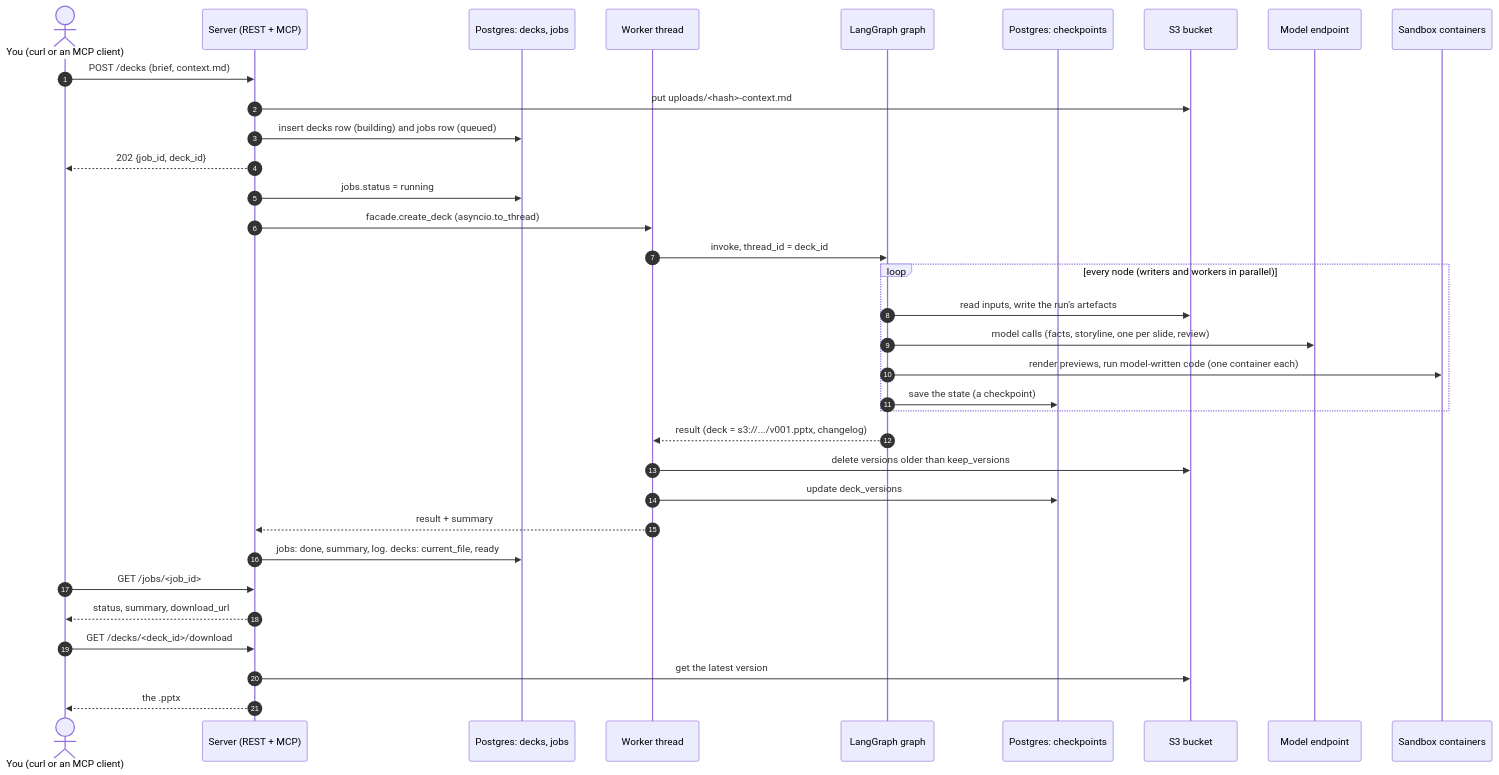
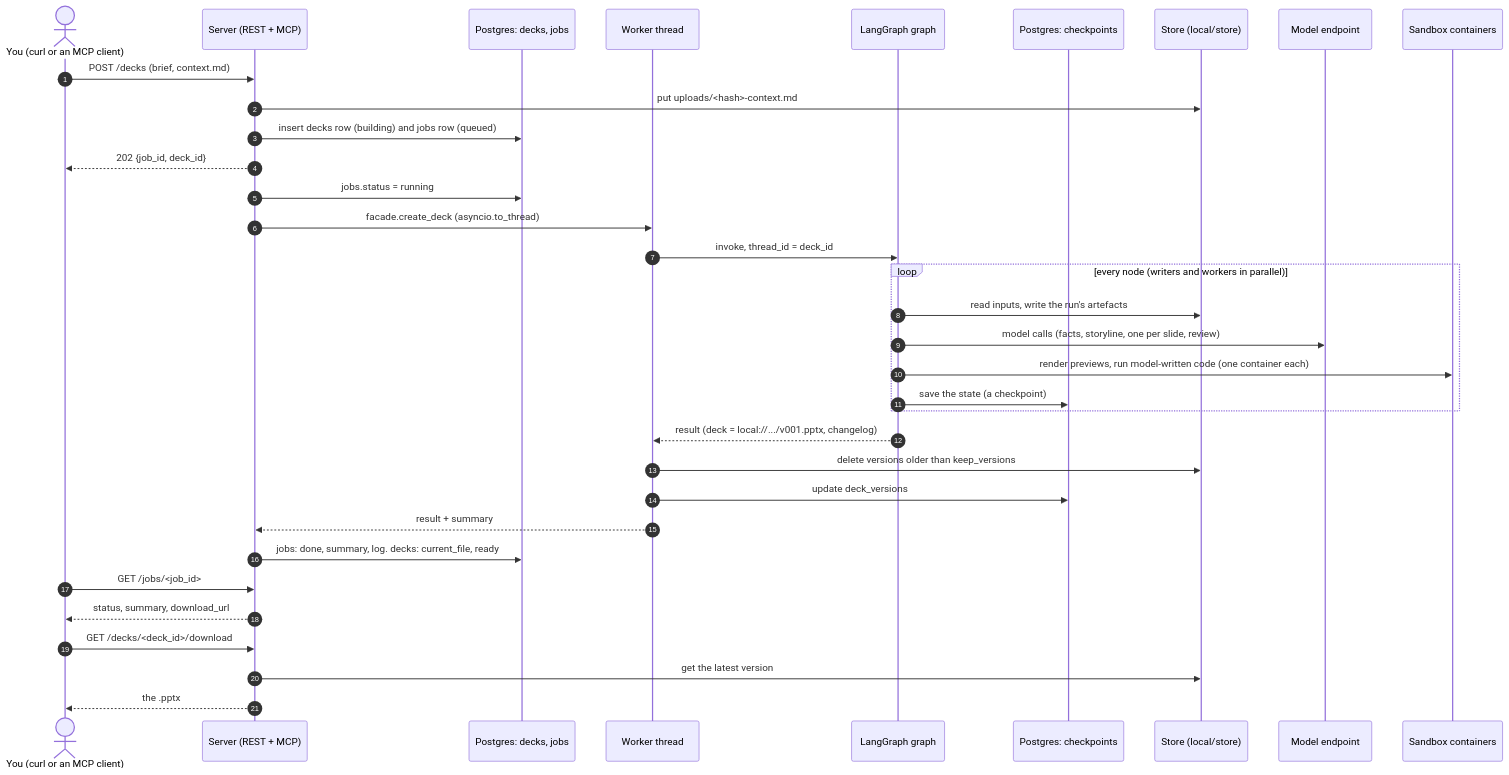
Before and after one commit to pranaybahuguna/ppt-gen: the first of 4 diagrams in README.md, drawn with Mermaid. The commit also changed other lines of this file and 19 other files, not shown here.

First line of the commit message:
Store decks as files under local/store; drop S3

````diff
--- a/README.md
+++ b/README.md
@@ -48,37 +48,37 @@
 ```mermaid
 sequenceDiagram
     autonumber
     actor U as You (curl or an MCP client)
     participant API as Server (REST + MCP)
     participant DB as Postgres: decks, jobs
     participant W as Worker thread
     participant G as LangGraph graph
     participant CP as Postgres: checkpoints
-    participant S3 as S3 bucket
+    participant ST as Store (local/store)
     participant M as Model endpoint
     participant SB as Sandbox containers
 
     U->>API: POST /decks (brief, context.md)
-    API->>S3: put uploads/<hash>-context.md
+    API->>ST: put uploads/<hash>-context.md
     API->>DB: insert decks row (building) and jobs row (queued)
     API-->>U: 202 {job_id, deck_id}
     API->>DB: jobs.status = running
     API->>W: facade.create_deck (asyncio.to_thread)
     W->>G: invoke, thread_id = deck_id
     loop every node (writers and workers in parallel)
-        G->>S3: read inputs, write the run's artefacts
+        G->>ST: read inputs, write the run's artefacts
         G->>M: model calls (facts, storyline, one per slide, review)
         G->>SB: render previews, run model-written code (one container each)
         G->>CP: save the state (a checkpoint)
     end
-    G-->>W: result (deck = s3://.../v001.pptx, changelog)
-    W->>S3: delete versions older than keep_versions
+    G-->>W: result (deck = local://.../v001.pptx, changelog)
+    W->>ST: delete versions older than keep_versions
     W->>CP: update deck_versions
     W-->>API: result + summary
     API->>DB: jobs: done, summary, log. decks: current_file, ready
     U->>API: GET /jobs/<job_id>
     API-->>U: status, summary, download_url
     U->>API: GET /decks/<deck_id>/download
-    API->>S3: get the latest version
+    API->>ST: get the latest version
     API-->>U: the .pptx
 ```
````
